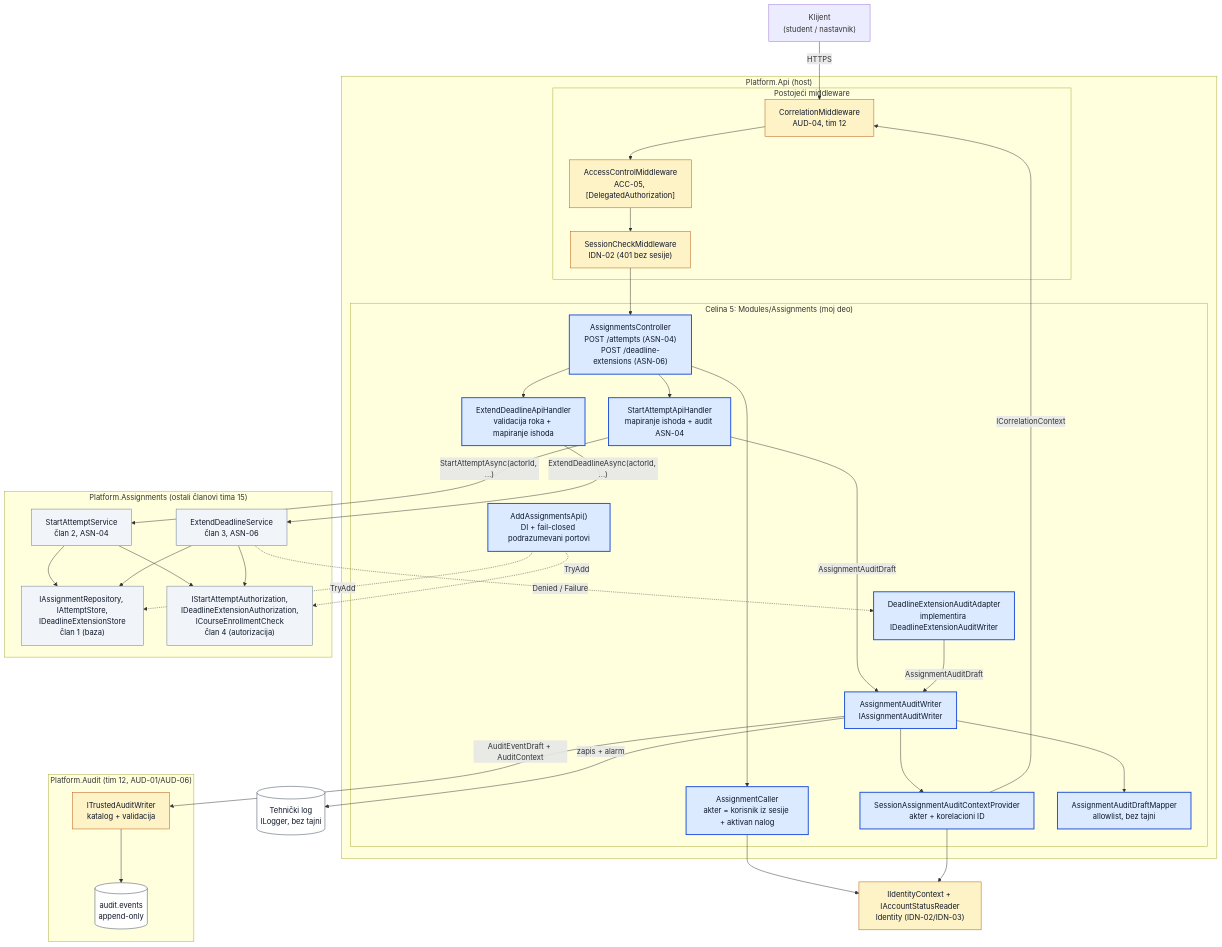
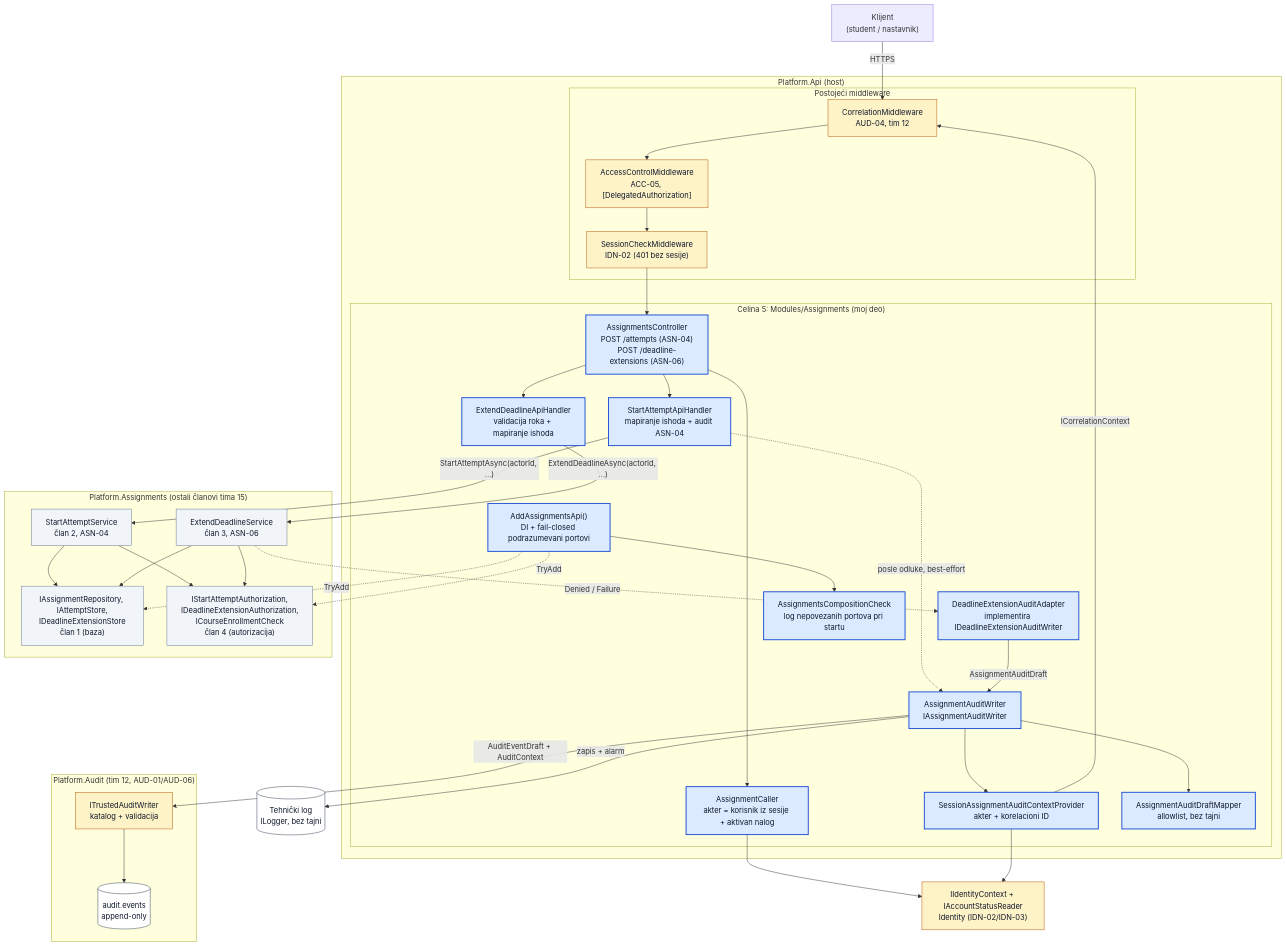
Before and after one commit to owlCoder/security-lab: the diagram in docs/components/assignments-audit-api/diagrams/asn-audit-api-architecture.mmd, drawn with Mermaid. The commit also changed 11 other files, not shown here.

First line of the commit message:
ASN-04/ASN-06: audit posle odluke i prijava nepovezanih portova

```diff
--- a/docs/components/assignments-audit-api/diagrams/asn-audit-api-architecture.mmd
+++ b/docs/components/assignments-audit-api/diagrams/asn-audit-api-architecture.mmd
@@ -1,69 +1,71 @@
 %% ASN-04 / ASN-06, tim 15, celina 5 (Audit i API) - dijagram arhitekture
 flowchart TB
   classDef mine fill:#dbeafe,stroke:#1d4ed8,stroke-width:2px,color:#0f172a
   classDef team fill:#f1f5f9,stroke:#64748b,color:#0f172a
   classDef other fill:#fef3c7,stroke:#b45309,color:#0f172a
   classDef store fill:#ffffff,stroke:#334155,color:#0f172a
 
   CLIENT["Klijent<br/>(student / nastavnik)"]
 
   subgraph HOST["Platform.Api (host)"]
     subgraph PIPE["Postojeći middleware"]
       CORR["CorrelationMiddleware<br/>AUD-04, tim 12"]:::other
       ACM["AccessControlMiddleware<br/>ACC-05, [DelegatedAuthorization]"]:::other
       SESS["SessionCheckMiddleware<br/>IDN-02 (401 bez sesije)"]:::other
       CORR --> ACM --> SESS
     end
 
     subgraph MINE["Celina 5: Modules/Assignments (moj deo)"]
       CTRL["AssignmentsController<br/>POST /attempts (ASN-04)<br/>POST /deadline-extensions (ASN-06)"]:::mine
       CALLER["AssignmentCaller<br/>akter = korisnik iz sesije + aktivan nalog"]:::mine
       SAH["StartAttemptApiHandler<br/>mapiranje ishoda + audit ASN-04"]:::mine
       EAH["ExtendDeadlineApiHandler<br/>validacija roka + mapiranje ishoda"]:::mine
       ADAPT["DeadlineExtensionAuditAdapter<br/>implementira IDeadlineExtensionAuditWriter"]:::mine
       WRITER["AssignmentAuditWriter<br/>IAssignmentAuditWriter"]:::mine
       CTX["SessionAssignmentAuditContextProvider<br/>akter + korelacioni ID"]:::mine
       MAP["AssignmentAuditDraftMapper<br/>allowlist, bez tajni"]:::mine
       COMP["AddAssignmentsApi()<br/>DI + fail-closed podrazumevani portovi"]:::mine
+      CHECK["AssignmentsCompositionCheck<br/>log nepovezanih portova pri startu"]:::mine
+      COMP --> CHECK
       CTRL --> CALLER
       CTRL --> SAH
       CTRL --> EAH
-      SAH -->|"AssignmentAuditDraft"| WRITER
+      SAH -.->|"posle odluke, best-effort"| WRITER
       ADAPT -->|"AssignmentAuditDraft"| WRITER
       WRITER --> CTX
       WRITER --> MAP
     end
   end
 
   subgraph ASN["Platform.Assignments (ostali članovi tima 15)"]
     SAS["StartAttemptService<br/>član 2, ASN-04"]:::team
     EDS["ExtendDeadlineService<br/>član 3, ASN-06"]:::team
     PORTS1["IAssignmentRepository, IAttemptStore,<br/>IDeadlineExtensionStore<br/>član 1 (baza)"]:::team
     PORTS4["IStartAttemptAuthorization,<br/>IDeadlineExtensionAuthorization,<br/>ICourseEnrollmentCheck<br/>član 4 (autorizacija)"]:::team
     SAS --> PORTS1
     SAS --> PORTS4
     EDS --> PORTS1
     EDS --> PORTS4
   end
 
   subgraph AUD["Platform.Audit (tim 12, AUD-01/AUD-06)"]
     TAW["ITrustedAuditWriter<br/>katalog + validacija"]:::other
     AUDDB[("audit.events<br/>append-only")]:::store
     TAW --> AUDDB
   end
 
   IDN["IIdentityContext + IAccountStatusReader<br/>Identity (IDN-02/IDN-03)"]:::other
   LOG[("Tehnički log<br/>ILogger, bez tajni")]:::store
 
   CLIENT -->|HTTPS| CORR
   SESS --> CTRL
   CALLER --> IDN
   CTX --> IDN
   CTX -->|"ICorrelationContext"| CORR
   SAH -->|"StartAttemptAsync(actorId, ...)"| SAS
   EAH -->|"ExtendDeadlineAsync(actorId, ...)"| EDS
   EDS -.->|"Denied / Failure"| ADAPT
   WRITER -->|"AuditEventDraft + AuditContext"| TAW
   WRITER -->|"zapis + alarm"| LOG
   COMP -.->|"TryAdd"| PORTS1
   COMP -.->|"TryAdd"| PORTS4
```
